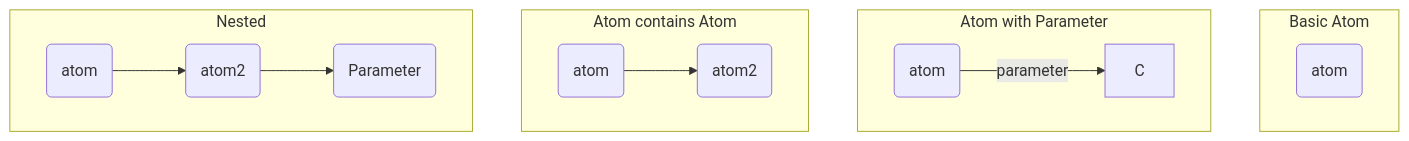
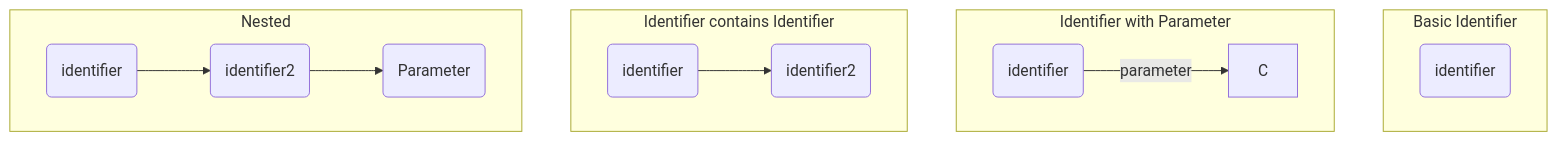
One commit to Doculisp/DoculispAPI changed the diagram in LANG.md. Above: the diagram before and after it, drawn with Mermaid. The commit also changed other lines of this file and 53 other files, not shown here.

Commit message:
! F Changes all references from 'atom' to 'identifier' throughout codebase

````diff
--- a/LANG.md
+++ b/LANG.md
@@ -166,16 +166,16 @@
 ```mermaid
 graph TD
-    subgraph Basic Atom
-        A(atom)
+    subgraph Basic Identifier
+        A(identifier)
     end
-    subgraph Atom with Parameter
-        B(atom) -->|parameter| C
+    subgraph Identifier with Parameter
+        B(identifier) -->|parameter| C
     end
-    subgraph Atom contains Atom
-        D(atom) --> E(atom2)
+    subgraph Identifier contains Identifier
+        D(identifier) --> E(identifier2)
     end
     subgraph Nested
-        F(atom) --> G(atom2)
+        F(identifier) --> G(identifier2)
         G -->H(Parameter)
     end
 ```
````
